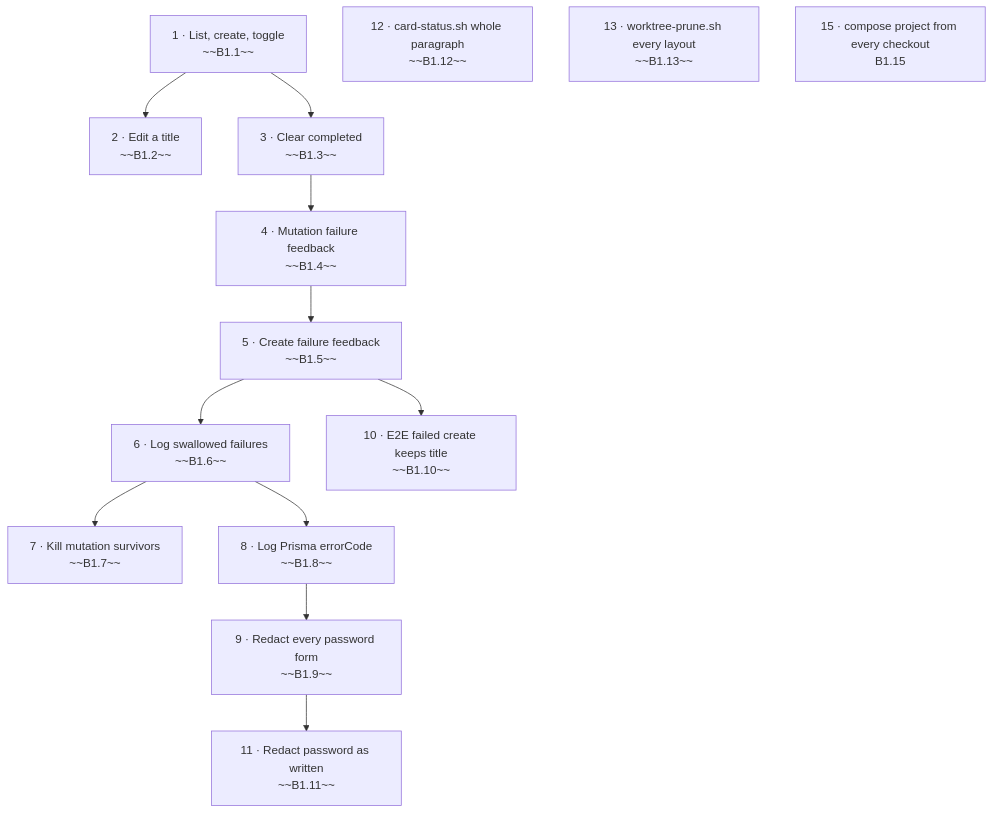
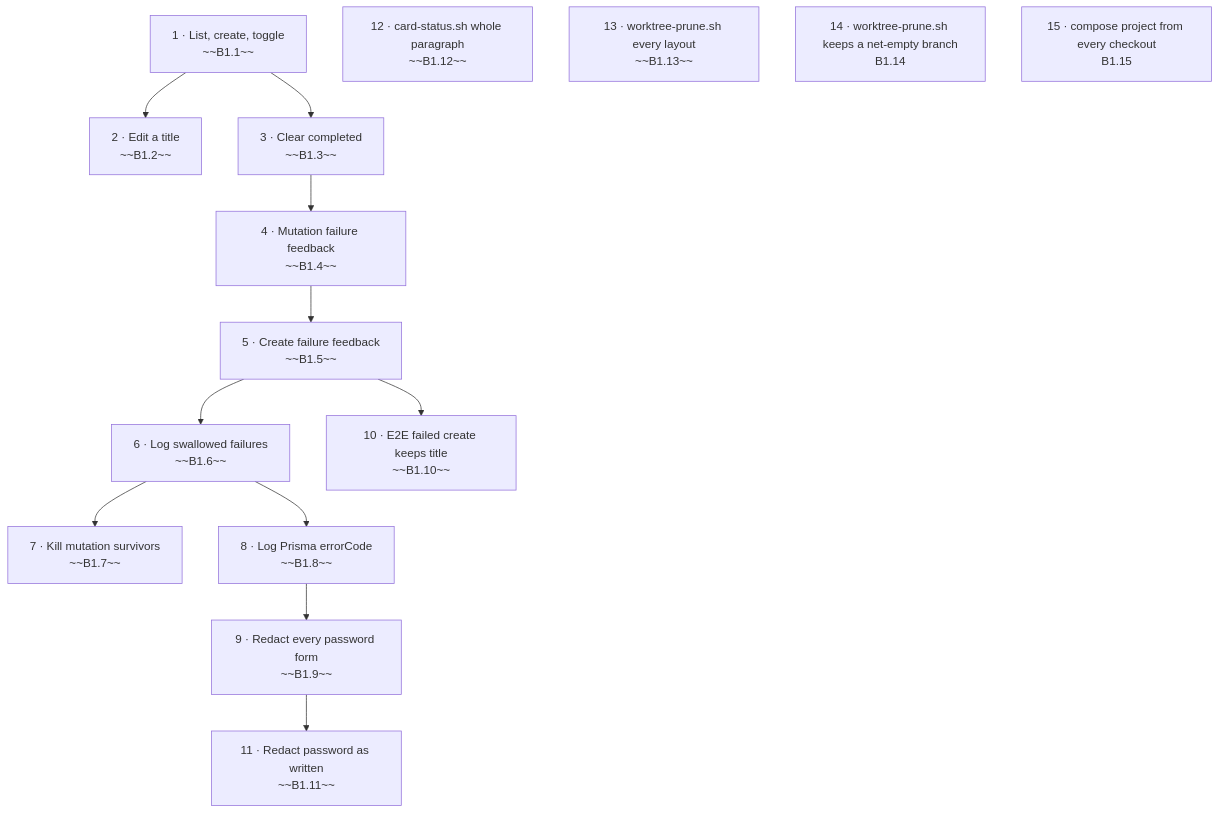
Before and after one commit to st-minhho2/level-up-lab: the diagram in backlog/README.md, drawn with Mermaid. The commit also changed other lines of this file and 1 other file, not shown here.

First line of the commit message:
docs(backlog): card B1.14 worktree-prune.sh keeps a net-empty branch (#49)

````diff
--- a/backlog/README.md
+++ b/backlog/README.md
@@ -15,27 +15,28 @@
 ```mermaid
 flowchart TD
   S1["1 · List, create, toggle<br/>~~B1.1~~"]
   S2["2 · Edit a title<br/>~~B1.2~~"]
   S3["3 · Clear completed<br/>~~B1.3~~"]
   S1 --> S2
   S4["4 · Mutation failure feedback<br/>~~B1.4~~"]
   S1 --> S3
   S3 --> S4
   S5["5 · Create failure feedback<br/>~~B1.5~~"]
   S4 --> S5
   S6["6 · Log swallowed failures<br/>~~B1.6~~"]
   S5 --> S6
   S7["7 · Kill mutation survivors<br/>~~B1.7~~"]
   S6 --> S7
   S8["8 · Log Prisma errorCode<br/>~~B1.8~~"]
   S6 --> S8
   S9["9 · Redact every password form<br/>~~B1.9~~"]
   S8 --> S9
   S10["10 · E2E failed create keeps title<br/>~~B1.10~~"]
   S5 --> S10
   S11["11 · Redact password as written<br/>~~B1.11~~"]
   S9 --> S11
   S12["12 · card-status.sh whole paragraph<br/>~~B1.12~~"]
   S13["13 · worktree-prune.sh every layout<br/>~~B1.13~~"]
+  S14["14 · worktree-prune.sh keeps a net-empty branch<br/>B1.14"]
   S15["15 · compose project from every checkout<br/>B1.15"]
 ```
````
